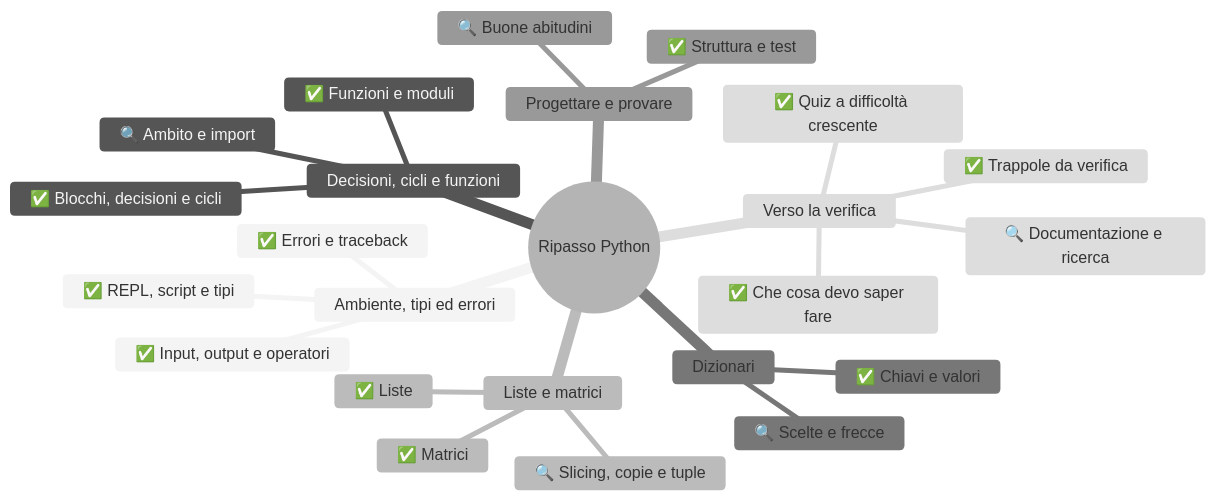
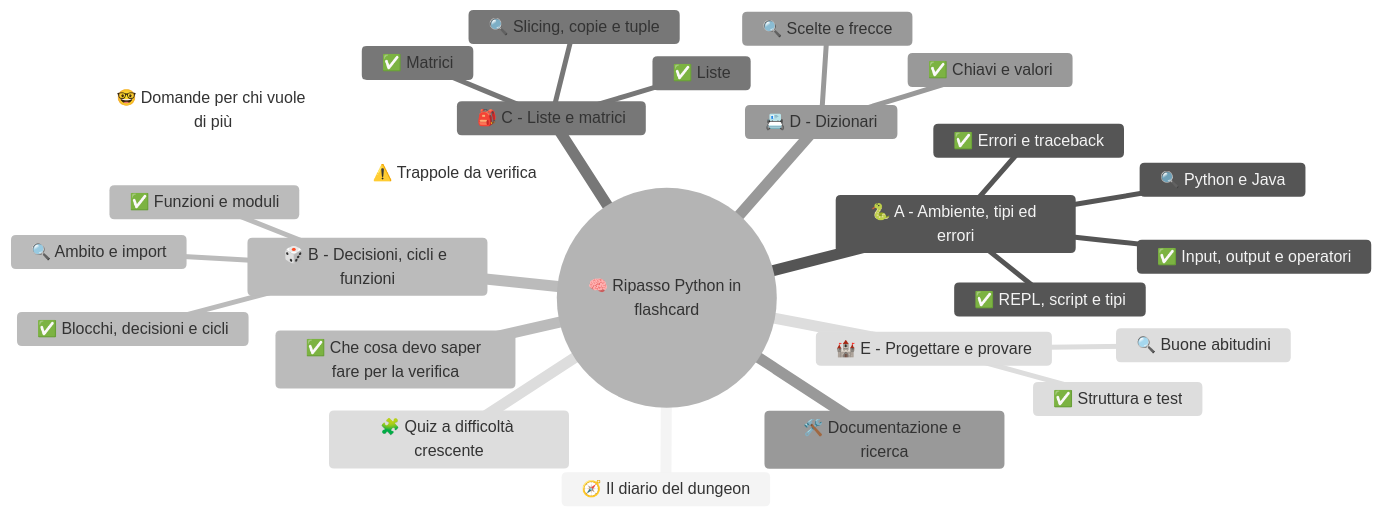
The diagram in 4CI - Informatica/2 NOV-DIC/Allegati/4ci-nov-dic-s6-ripasso-in-flashcard-mappa-html-1.mmd (Neeqstock/dispense-caramuel), drawn with Mermaid (neutral theme) before and after one commit. The commit also changed 56 other files, not shown here.

```diff
--- a/4CI - Informatica/2 NOV-DIC/Allegati/4ci-nov-dic-s6-ripasso-in-flashcard-mappa-html-1.mmd
+++ b/4CI - Informatica/2 NOV-DIC/Allegati/4ci-nov-dic-s6-ripasso-in-flashcard-mappa-html-1.mmd
@@ -1,25 +1,27 @@
 mindmap
-  root((Ripasso Python))
-    Ambiente, tipi ed errori
+  root((🧠 Ripasso Python in flashcard))
+    🧭 Il diario del dungeon
+    🐍 A - Ambiente, tipi ed errori
       ✅ REPL, script e tipi
       ✅ Input, output e operatori
       ✅ Errori e traceback
-    Decisioni, cicli e funzioni
+      🔍 Python e Java
+    🎲 B - Decisioni, cicli e funzioni
       ✅ Blocchi, decisioni e cicli
       ✅ Funzioni e moduli
       🔍 Ambito e import
-    Liste e matrici
+    🎒 C - Liste e matrici
       ✅ Liste
       ✅ Matrici
       🔍 Slicing, copie e tuple
-    Dizionari
+    📇 D - Dizionari
       ✅ Chiavi e valori
       🔍 Scelte e frecce
-    Progettare e provare
+    🏰 E - Progettare e provare
       ✅ Struttura e test
       🔍 Buone abitudini
-    Verso la verifica
-      ✅ Trappole da verifica
-      ✅ Quiz a difficoltà crescente
-      ✅ Che cosa devo saper fare
-      🔍 Documentazione e ricerca
+    ⚠️ Trappole da verifica
+      🤓 Domande per chi vuole di più
+    🧩 Quiz a difficoltà crescente
+    ✅ Che cosa devo saper fare per la verifica
+    🛠️ Documentazione e ricerca
```
